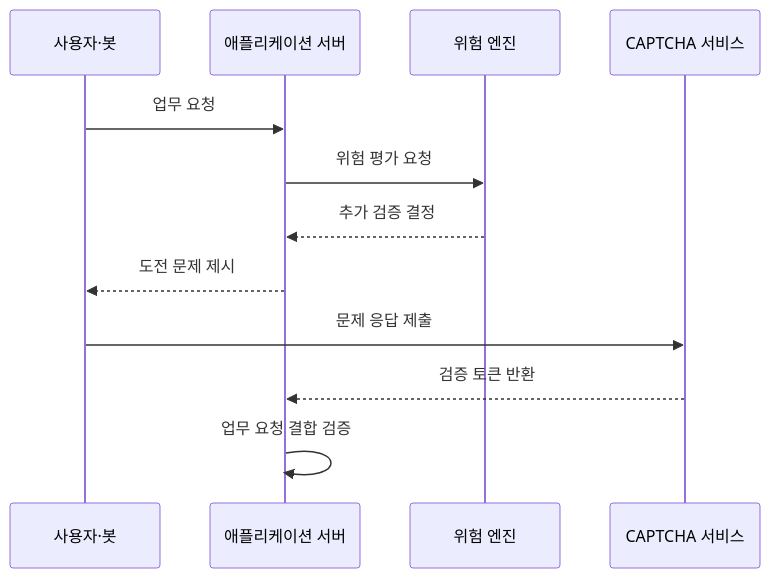
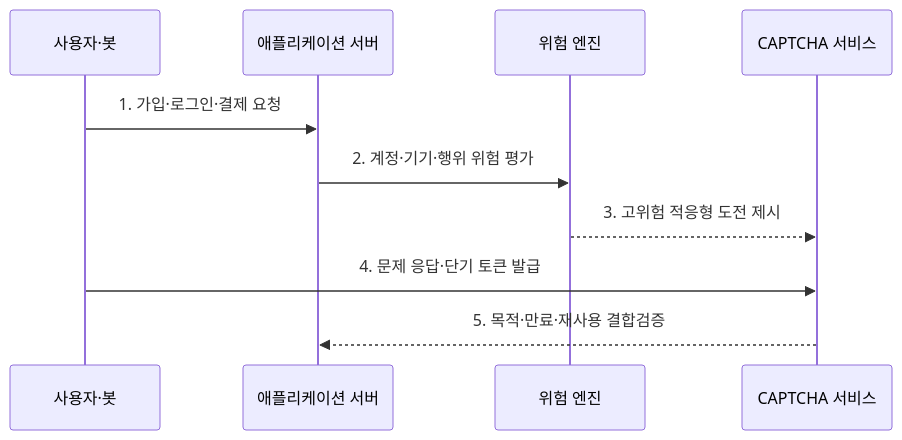
Before and after one commit to agnusdei1207/knowledge-base: the second of 2 diagrams in src/content/docs/notes/05-security/069_captcha.md, drawn with Mermaid. The commit also changed other lines of this file and 7 other files, not shown here.

````diff
--- a/src/content/docs/notes/05-security/069_captcha.md
+++ b/src/content/docs/notes/05-security/069_captcha.md
@@ -86,14 +85,12 @@
 ```mermaid
 sequenceDiagram
     participant U as 사용자·봇
     participant A as 애플리케이션 서버
     participant R as 위험 엔진
     participant C as CAPTCHA 서비스
-    U->>A: 업무 요청
-    A->>R: 위험 평가 요청
-    R-->>A: 추가 검증 결정
-    A-->>U: 도전 문제 제시
-    U->>C: 문제 응답 제출
-    C-->>A: 검증 토큰 반환
-    A->>A: 업무 요청 결합 검증
+    U->>A: 1. 가입·로그인·결제 요청
+    A->>R: 2. 계정·기기·행위 위험 평가
+    R-->>C: 3. 고위험 적응형 도전 제시
+    U->>C: 4. 문제 응답·단기 토큰 발급
+    C-->>A: 5. 목적·만료·재사용 결합검증
 ```
````
